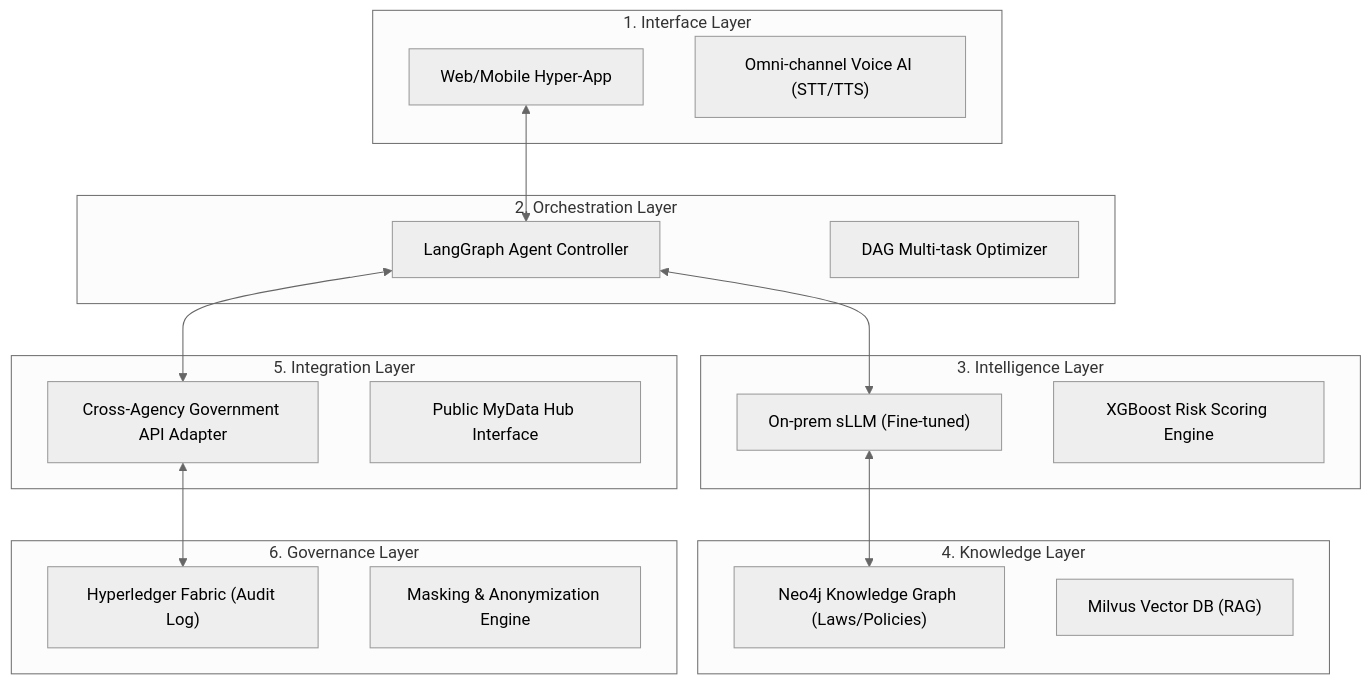
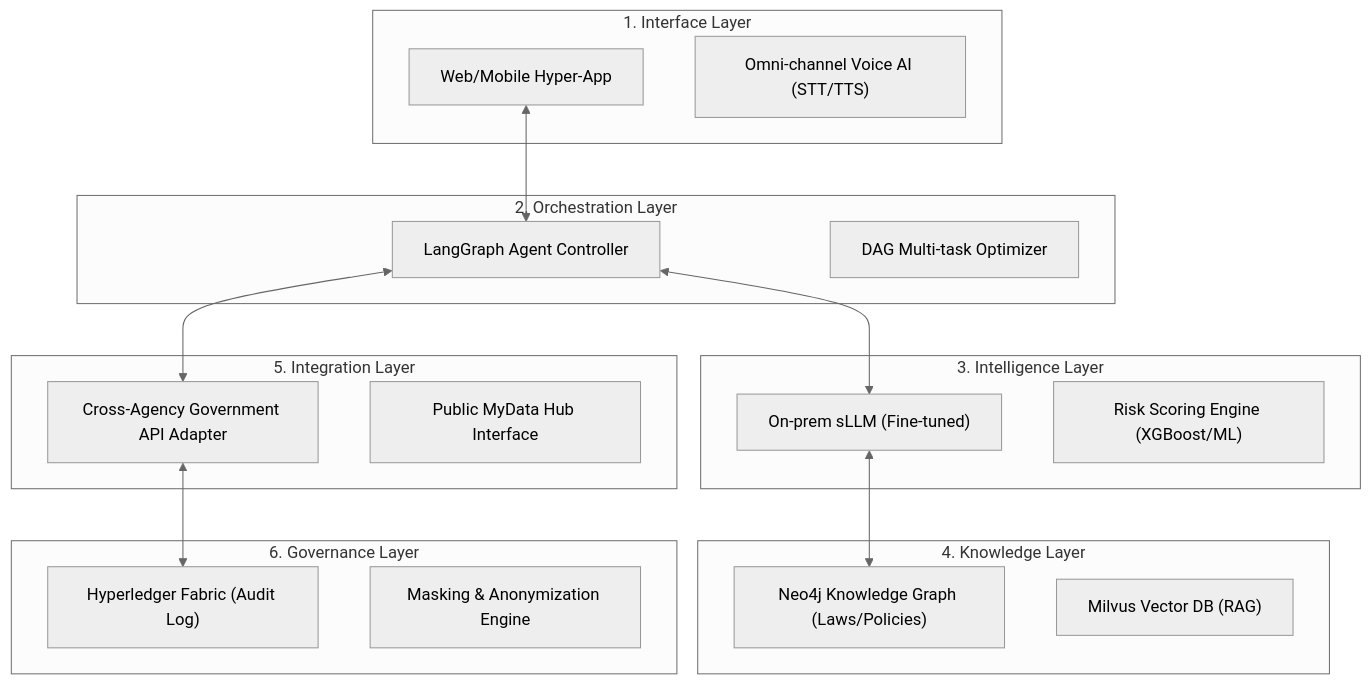
One commit to SxxMWolf/minwonAI changed the diagram in final_comprehensive_proposal.md. Above: the diagram before and after it, drawn with Mermaid (neutral theme). The commit also changed other lines of this file, not shown here.

````diff
--- a/final_comprehensive_proposal.md
+++ b/final_comprehensive_proposal.md
@@ -149,33 +144,33 @@
 ```mermaid
 graph TD
     subgraph "1. Interface Layer"
         UI["Web/Mobile Hyper-App"]
         Voice["Omni-channel Voice AI (STT/TTS)"]
     end
     subgraph "2. Orchestration Layer"
         Agent["LangGraph Agent Controller"]
         Scenario["DAG Multi-task Optimizer"]
     end
     subgraph "3. Intelligence Layer"
         LLM["On-prem sLLM (Fine-tuned)"]
-        Risk["XGBoost Risk Scoring Engine"]
+        Risk["Risk Scoring Engine (XGBoost/ML)"]
     end
     subgraph "4. Knowledge Layer"
         KG["Neo4j Knowledge Graph (Laws/Policies)"]
         Vector["Milvus Vector DB (RAG)"]
     end
     subgraph "5. Integration Layer"
         Adapter["Cross-Agency Government API Adapter"]
         MyData["Public MyData Hub Interface"]
     end
     subgraph "6. Governance Layer"
         Blockchain["Hyperledger Fabric (Audit Log)"]
         Privacy["Masking & Anonymization Engine"]
     end
     
     UI <--> Agent
     Agent <--> LLM
     LLM <--> KG
     Agent <--> Adapter
     Adapter <--> Blockchain
 ```
````
